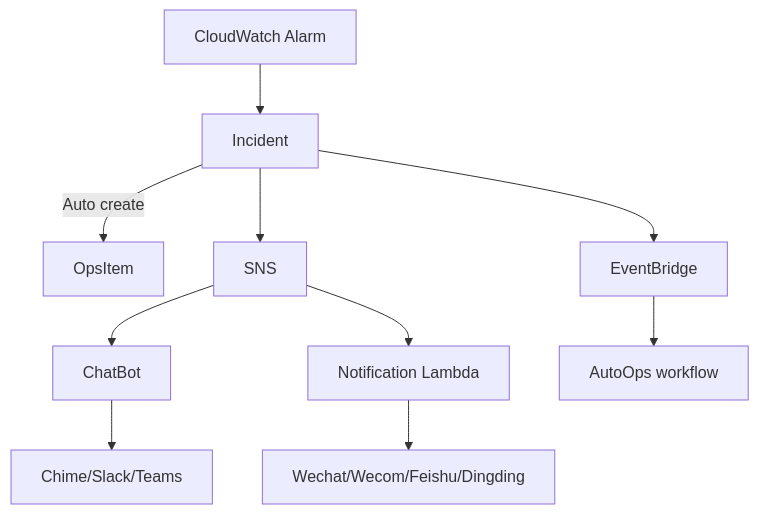
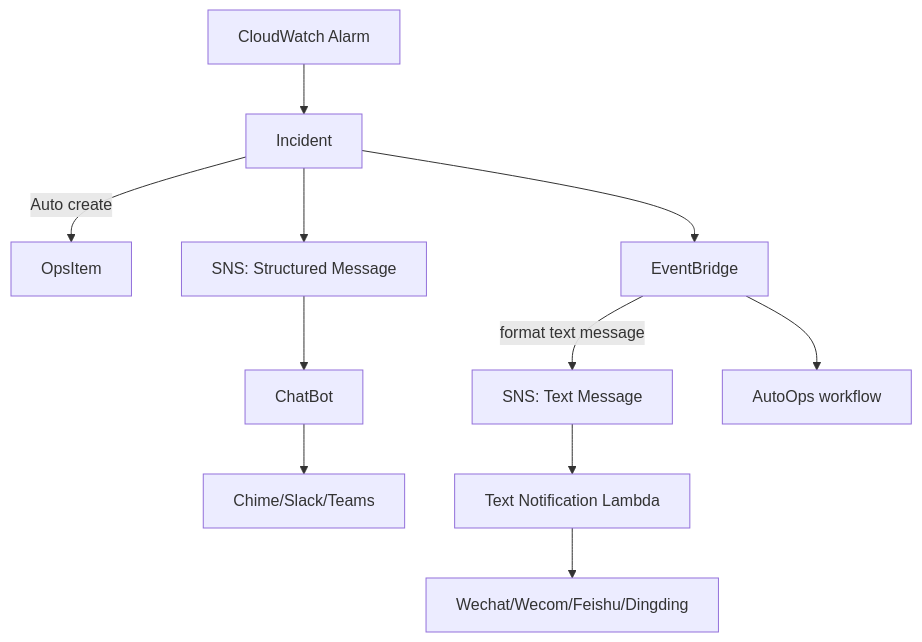
The second of 2 diagrams in README.md (lprincewhn/AutoOps), drawn with Mermaid before and after one commit. The commit also changed other lines of this file and 9 other files, not shown here.

````diff
--- a/README.md
+++ b/README.md
@@ -19,12 +22,13 @@
 ```mermaid
 flowchart TD
     CloudWatch["CloudWatch Alarm"] --> Incident;
     Incident --> |Auto create|OpsItem;
-    Incident --> SNS;
-	SNS --> ChatBot;
-	SNS --> Lambda["Notification Lambda"];
+    Incident --> SNSStructured;
+	SNSStructured["SNS: Structured Message"] --> ChatBot;
+	SNSText["SNS: Text Message"] --> Lambda["Text Notification Lambda"];
 	ChatBot --> Chime/Slack/Teams;
 	Lambda --> Wechat/Wecom/Feishu/Dingding;
 	Incident --> EventBridge;
+	EventBridge --> |format text message|SNSText;
 	EventBridge --> StepFunction["AutoOps workflow"];
 ```
````
